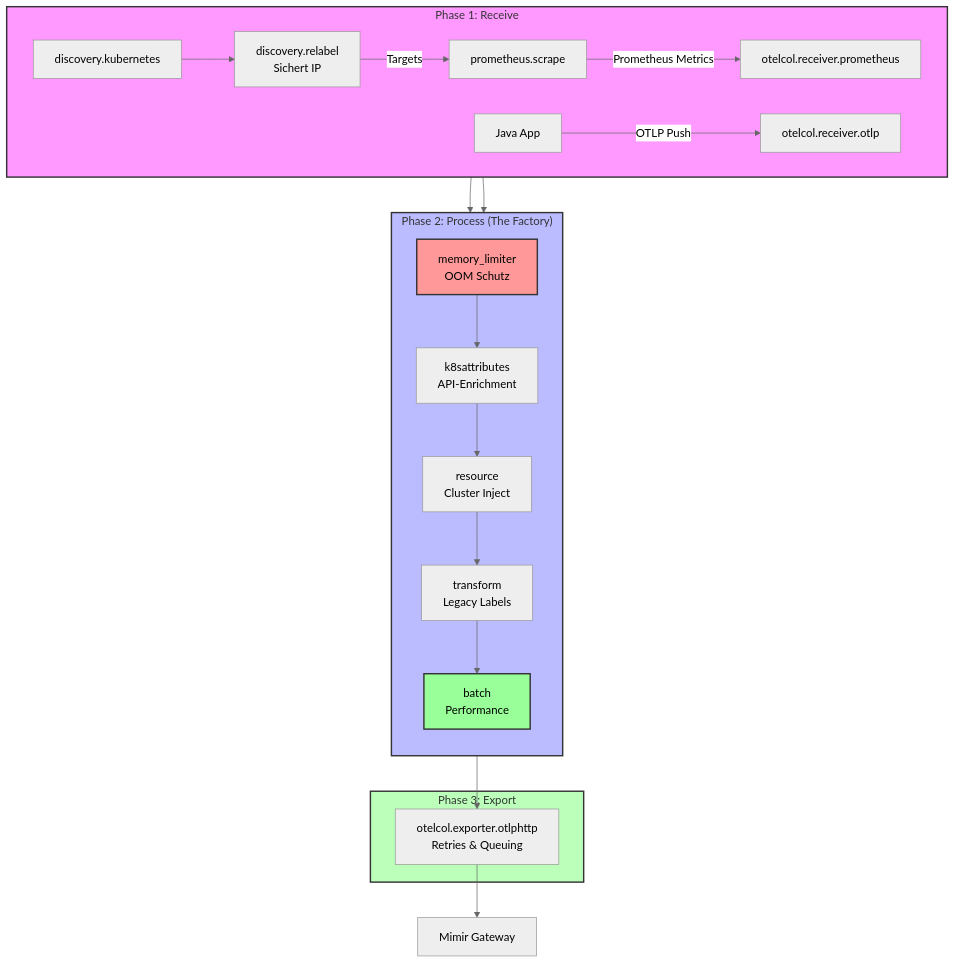
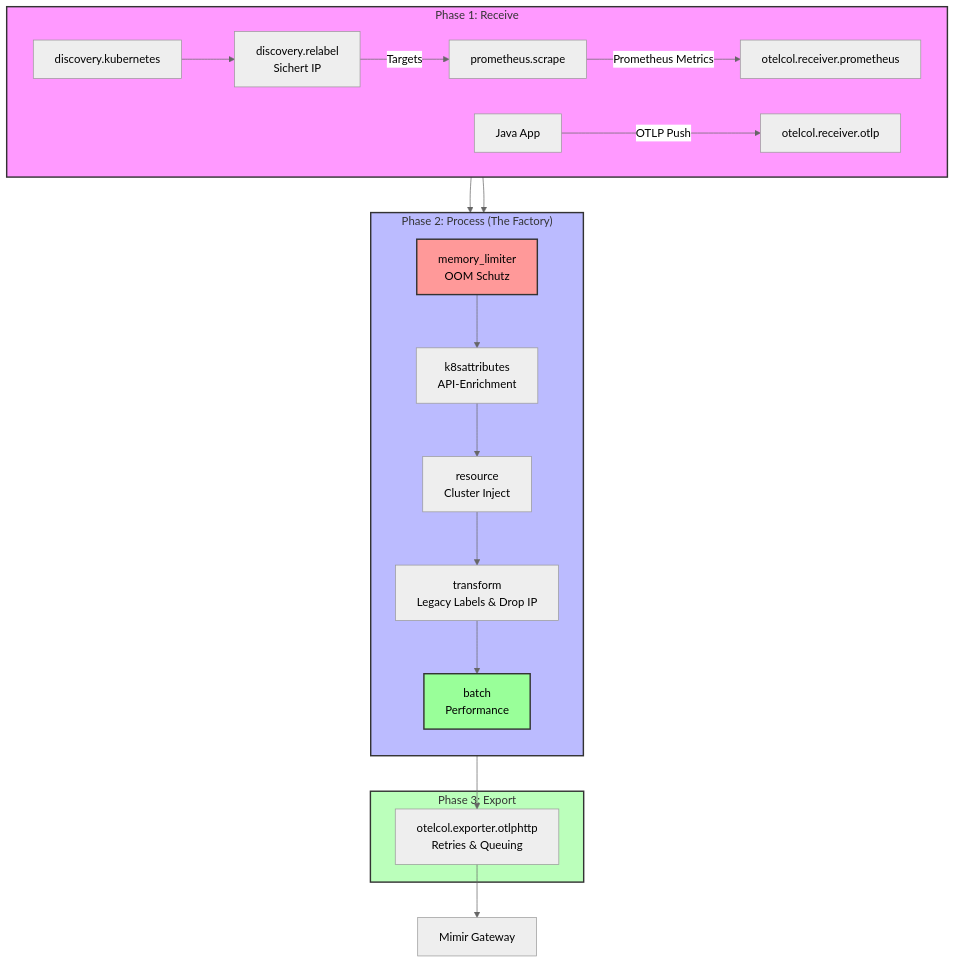
The diagram in docs/data-pipeline-concept.md (saadisfy/bwcloud-gitops), drawn with Mermaid (neutral theme) before and after one commit. The commit also changed other lines of this file, not shown here.

Commit message:
docs(alloy): fix pod association flow and remove early label drop

````diff
--- a/docs/data-pipeline-concept.md
+++ b/docs/data-pipeline-concept.md
@@ -210,36 +205,36 @@
 ```mermaid
 flowchart TB
     subgraph Phase1["Phase 1: Receive"]
         direction LR
         SD[discovery.kubernetes] --> RL[discovery.relabel<br/>Sichert IP]
         RL -- "Targets" --> PS[prometheus.scrape]
         PS -- "Prometheus Metrics" --> RP[otelcol.receiver.prometheus]
         
         APP[Java App] -- "OTLP Push" --> RO[otelcol.receiver.otlp]
     end
 
     subgraph Phase2["Phase 2: Process (The Factory)"]
         direction TB
         ML[memory_limiter<br/>OOM Schutz] --> KA[k8sattributes<br/>API-Enrichment]
         KA --> RS[resource<br/>Cluster Inject]
-        RS --> TF[transform<br/>Legacy Labels]
+        RS --> TF[transform<br/>Legacy Labels & Drop IP]
         TF --> BA[batch<br/>Performance]
     end
 
     subgraph Phase3["Phase 3: Export"]
         OTLP[otelcol.exporter.otlphttp<br/>Retries & Queuing]
     end
 
     %% Connections
     RP --> ML
     RO --> ML
     BA --> OTLP
     OTLP --> GW[Mimir Gateway]
 
     %% Styling
     style Phase1 fill:#f9f,stroke:#333,stroke-width:2px
     style Phase2 fill:#bbf,stroke:#333,stroke-width:2px
     style Phase3 fill:#bfb,stroke:#333,stroke-width:2px
     style ML fill:#ff9999,stroke:#333,stroke-width:2px
     style BA fill:#99ff99,stroke:#333,stroke-width:2px
 ```
````
